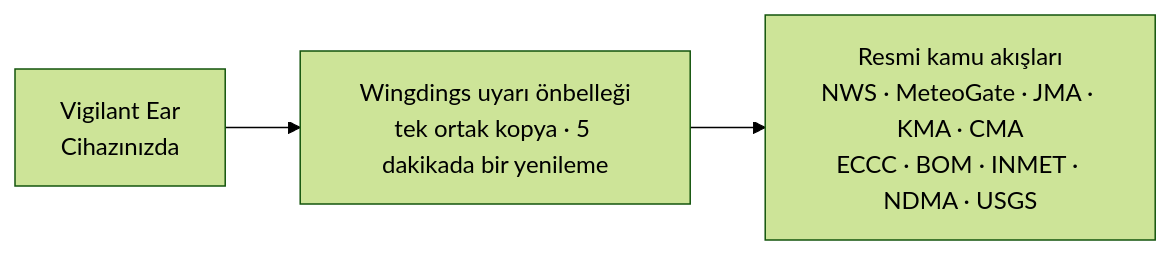
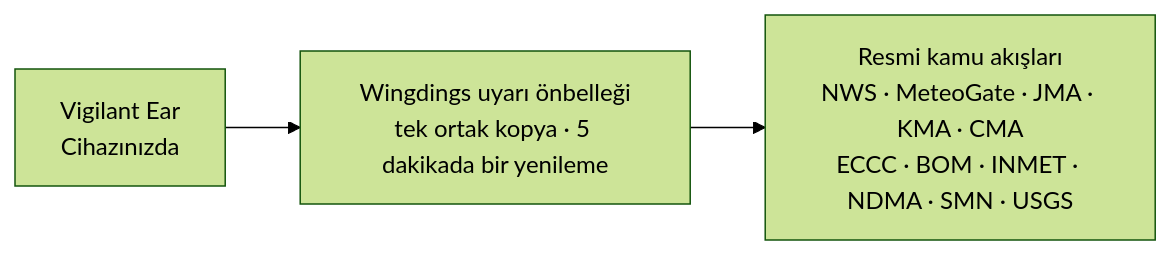
One commit to rpalm01-star/VigilantEarLegal changed the fourth of 4 diagrams in README_tr.md. Above: the diagram before and after it, drawn with Mermaid (forest theme). The commit also changed other lines of this file and 44 other files, not shown here.

````diff
--- a/README_tr.md
+++ b/README_tr.md
@@ -171,5 +171,5 @@
 ```mermaid
 graph LR
     P1["Vigilant Ear<br/>Cihazınızda"] --> W["Wingdings uyarı önbelleği<br/>tek ortak kopya · 5 dakikada bir yenileme"]
-    W --> N["Resmi kamu akışları<br/>NWS · MeteoGate · JMA · KMA · CMA<br/>ECCC · BOM · INMET · NDMA · USGS"]
+    W --> N["Resmi kamu akışları<br/>NWS · MeteoGate · JMA · KMA · CMA<br/>ECCC · BOM · INMET · NDMA · SMN · USGS"]
 ```
````
